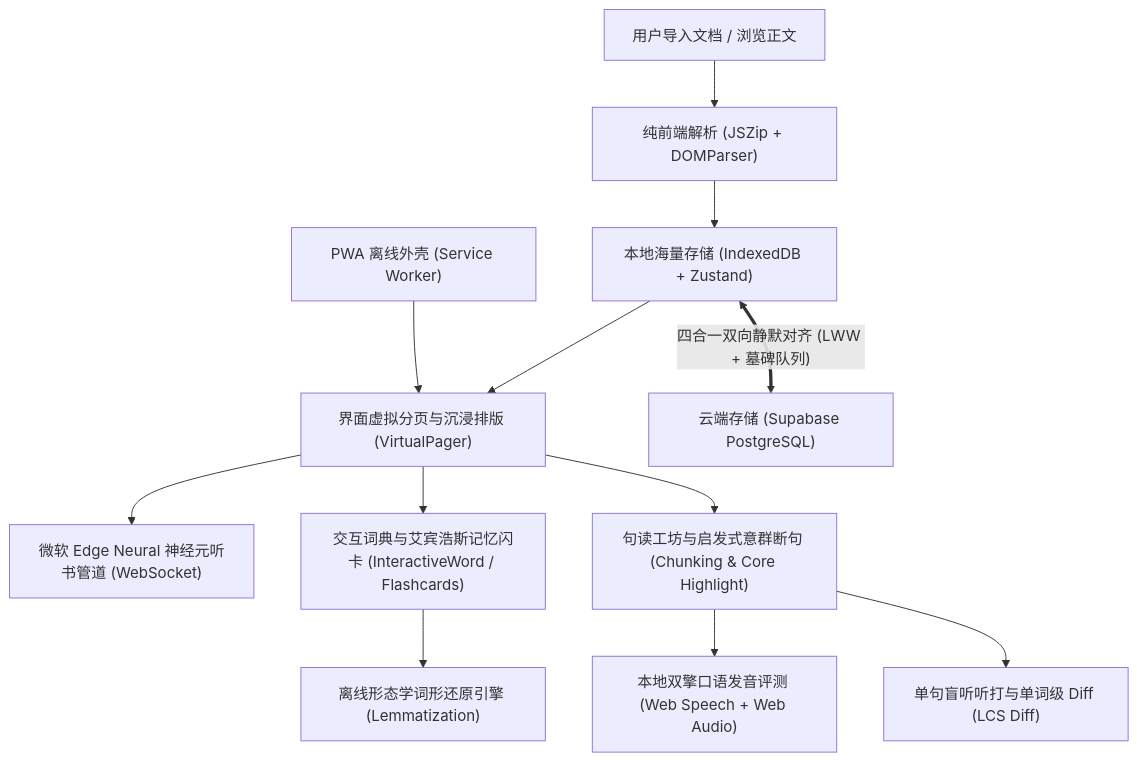
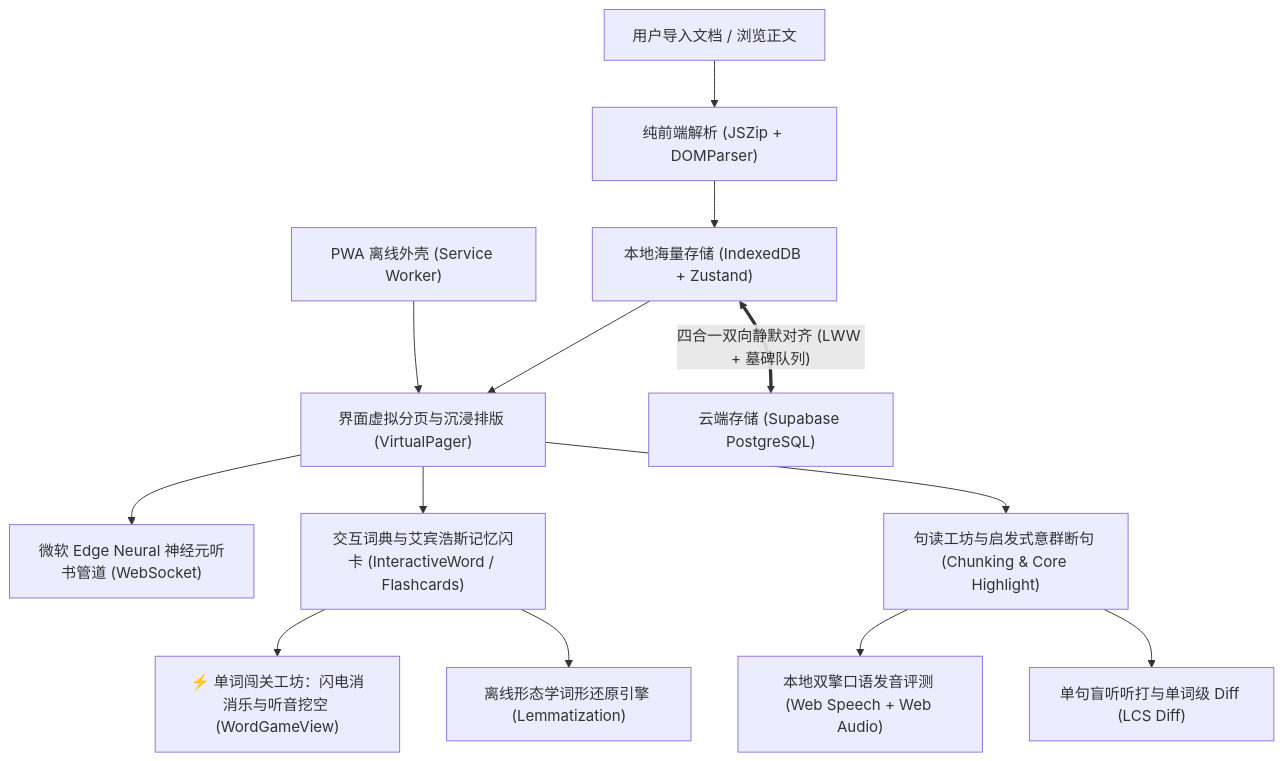
The diagram in .agents/skills/offline-first-reader/SKILL.md (whyzl2003/immersive-reader), drawn with Mermaid before and after one commit. The commit also changed other lines of this file and 2 other files, not shown here.

````diff
--- a/.agents/skills/offline-first-reader/SKILL.md
+++ b/.agents/skills/offline-first-reader/SKILL.md
@@ -21,14 +22,15 @@
 ```mermaid
 flowchart TD
     A["用户导入文档 / 浏览正文"] --> B["纯前端解析 (JSZip + DOMParser)"]
     B --> C["本地海量存储 (IndexedDB + Zustand)"]
     C --> D["界面虚拟分页与沉浸排版 (VirtualPager)"]
     D --> E["微软 Edge Neural 神经元听书管道 (WebSocket)"]
     D --> F["交互词典与艾宾浩斯记忆闪卡 (InteractiveWord / Flashcards)"]
     D --> SR["句读工坊与启发式意群断句 (Chunking & Core Highlight)"]
     SR --> SE["本地双擎口语发音评测 (Web Speech + Web Audio)"]
     SR --> SD["单句盲听听打与单词级 Diff (LCS Diff)"]
+    F --> WG["⚡ 单词闯关工坊：闪电消消乐与听音挖空 (WordGameView)"]
     F --> LM["离线形态学词形还原引擎 (Lemmatization)"]
     C <== "四合一双向静默对齐 (LWW + 墓碑队列)" ==> G["云端存储 (Supabase PostgreSQL)"]
     PWA["PWA 离线外壳 (Service Worker)"] --> D
 ```
````
